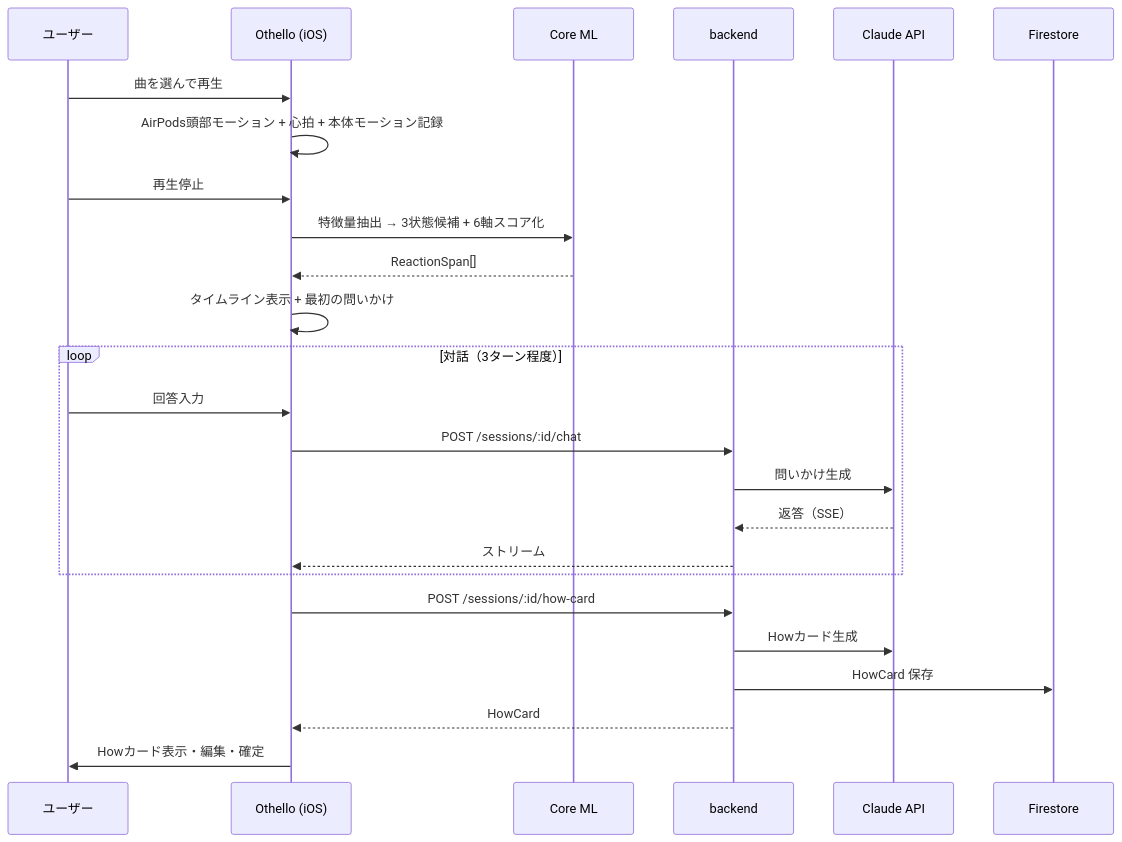
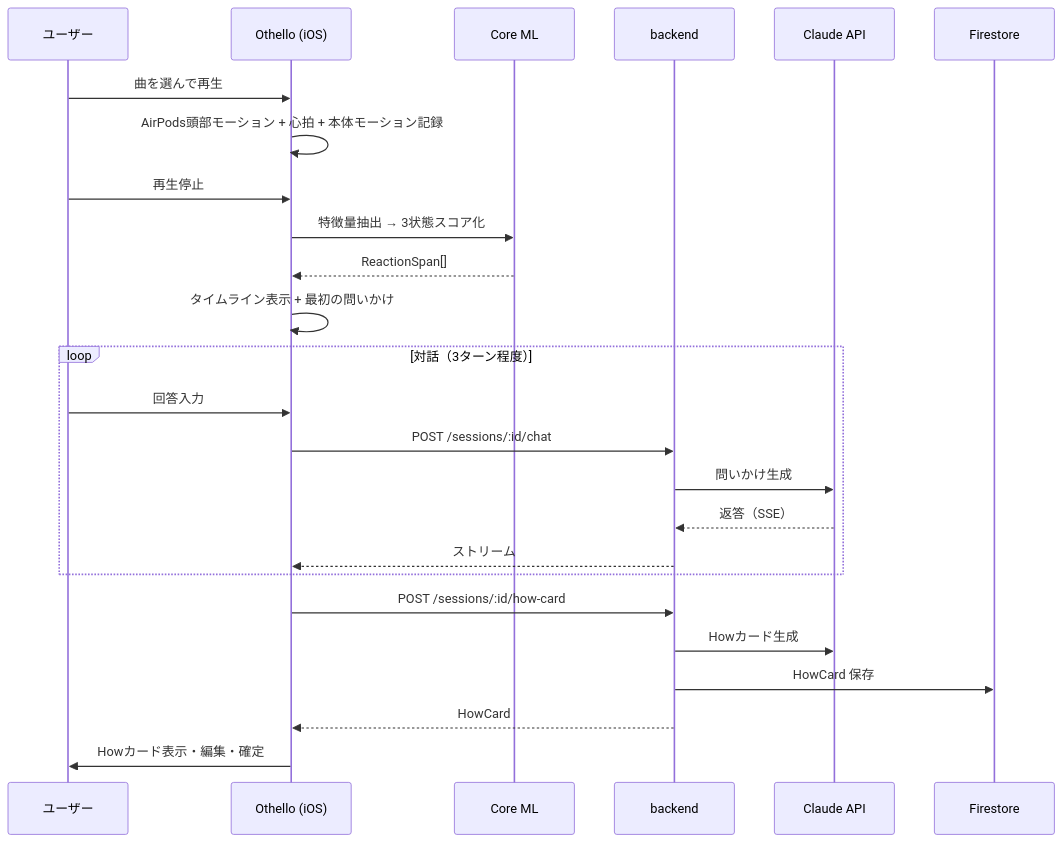
Before and after one commit to engineer-guild-hackathon-2026-05/team-10: the third of 5 diagrams in docs/functional-design.md, drawn with Mermaid. The commit also changed other lines of this file and 33 other files, not shown here.

````diff
--- a/docs/functional-design.md
+++ b/docs/functional-design.md
@@ -207,28 +203,28 @@
 ```mermaid
 sequenceDiagram
     participant U as ユーザー
     participant App as Othello (iOS)
     participant ML as Core ML
     participant BE as backend
     participant LLM as Claude API
     participant DB as Firestore
 
     U->>App: 曲を選んで再生
     App->>App: AirPods頭部モーション + 心拍 + 本体モーション記録
     U->>App: 再生停止
-    App->>ML: 特徴量抽出 → 3状態候補 + 6軸スコア化
+    App->>ML: 特徴量抽出 → 3状態スコア化
     ML-->>App: ReactionSpan[]
     App->>App: タイムライン表示 + 最初の問いかけ
     loop 対話（3ターン程度）
         U->>App: 回答入力
         App->>BE: POST /sessions/:id/chat
         BE->>LLM: 問いかけ生成
         LLM-->>BE: 返答（SSE）
         BE-->>App: ストリーム
     end
     App->>BE: POST /sessions/:id/how-card
     BE->>LLM: Howカード生成
     BE->>DB: HowCard 保存
     BE-->>App: HowCard
     App->>U: Howカード表示・編集・確定
 ```
````
